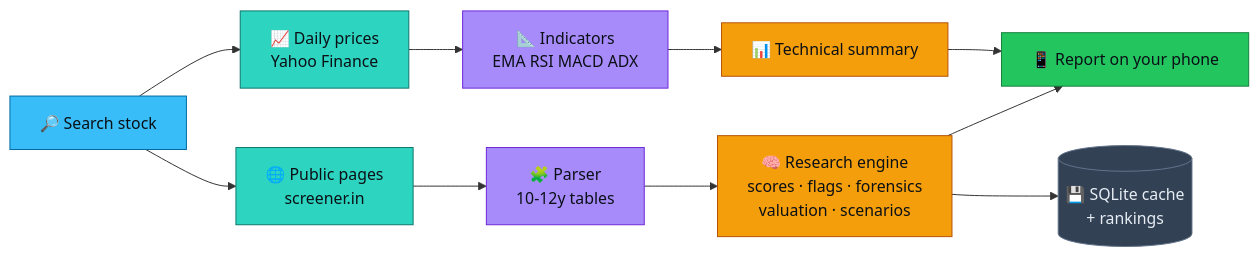
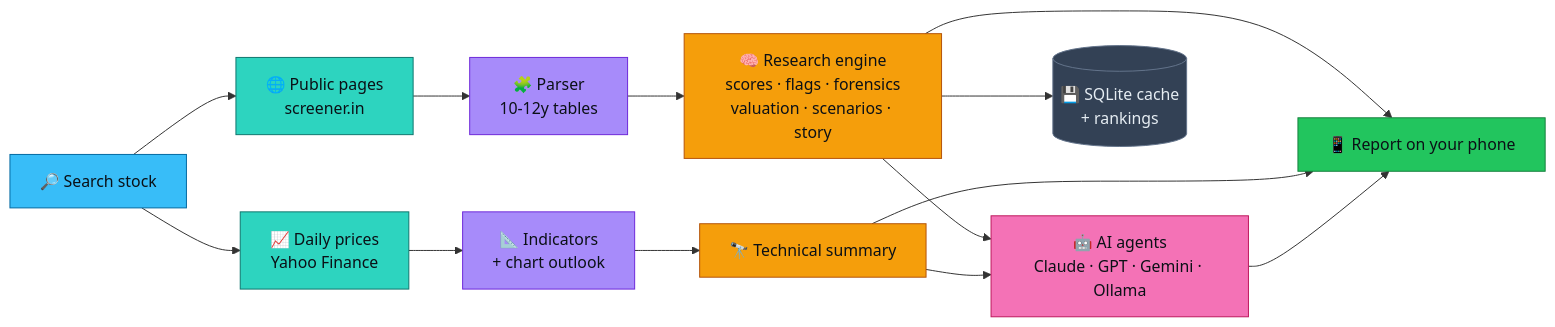
The diagram in README.md (dhanunjaya-kd/equitylens), drawn with Mermaid before and after one commit. The commit also changed other lines of this file and 22 other files, not shown here.

````diff
--- a/README.md
+++ b/README.md
@@ -135,18 +179,22 @@
 ```mermaid
 flowchart LR
     A[🔎 Search stock]:::blue --> B[🌐 Public pages<br/>screener.in]:::teal
     A --> C[📈 Daily prices<br/>Yahoo Finance]:::teal
     B --> D[🧩 Parser<br/>10-12y tables]:::purple
-    C --> E[📐 Indicators<br/>EMA RSI MACD ADX]:::purple
-    D --> F[🧠 Research engine<br/>scores · flags · forensics<br/>valuation · scenarios]:::amber
-    E --> G[📊 Technical summary]:::amber
+    C --> E[📐 Indicators<br/>+ chart outlook]:::purple
+    D --> F[🧠 Research engine<br/>scores · flags · forensics<br/>valuation · scenarios · story]:::amber
+    E --> G[🔭 Technical summary]:::amber
     F --> H[📱 Report on your phone]:::green
     G --> H
+    F --> J[🤖 AI agents<br/>Claude · GPT · Gemini · Ollama]:::pink
+    G --> J
+    J --> H
     F --> I[(💾 SQLite cache<br/>+ rankings)]:::grey
     classDef blue fill:#38bdf8,stroke:#0369a1,color:#0b1016
     classDef teal fill:#2dd4bf,stroke:#0f766e,color:#0b1016
     classDef purple fill:#a78bfa,stroke:#6d28d9,color:#0b1016
     classDef amber fill:#f59e0b,stroke:#b45309,color:#0b1016
     classDef green fill:#22c55e,stroke:#15803d,color:#0b1016
+    classDef pink fill:#f472b6,stroke:#be185d,color:#0b1016
     classDef grey fill:#334155,stroke:#64748b,color:#e6edf3
 ```
````
